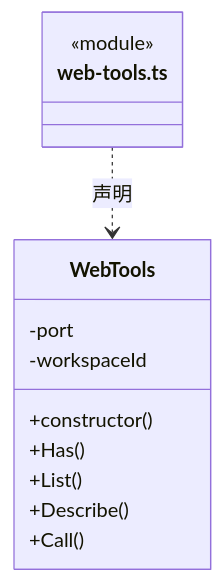
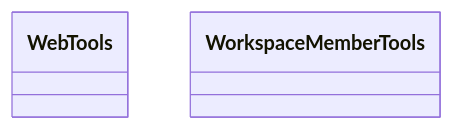
One commit to nan023062/cbim changed the third of 3 diagrams in src/logic/tools/runtime/ARCHITECTURE.md. Above: the diagram before and after it, drawn with Mermaid. The commit also changed other lines of this file and 158 other files, not shown here.

Commit message:
docs: model architecture through nested virtual encapsulations

````diff
--- a/src/logic/tools/runtime/ARCHITECTURE.md
+++ b/src/logic/tools/runtime/ARCHITECTURE.md
@@ -820,16 +73,7 @@
 ```mermaid
 classDiagram
-class N_src_logic_tools_runtime_web_tools_ts["web-tools.ts"] {
-  <<module>>
-}
-class N_src_logic_tools_runtime_web_tools_ts_WebTools["WebTools"] {
-  +constructor()
-  +Has()
-  +List()
-  +Describe()
-  +Call()
-  -port
-  -workspaceId
-}
-N_src_logic_tools_runtime_web_tools_ts ..> N_src_logic_tools_runtime_web_tools_ts_WebTools : 声明
+class N_93b8b486076d["WebTools"]
+click N_93b8b486076d href "web-tools.ts"
+class N_42cc917b1088["WorkspaceMemberTools"]
+click N_42cc917b1088 href "workspace-member-tools.ts"
 ```
````
